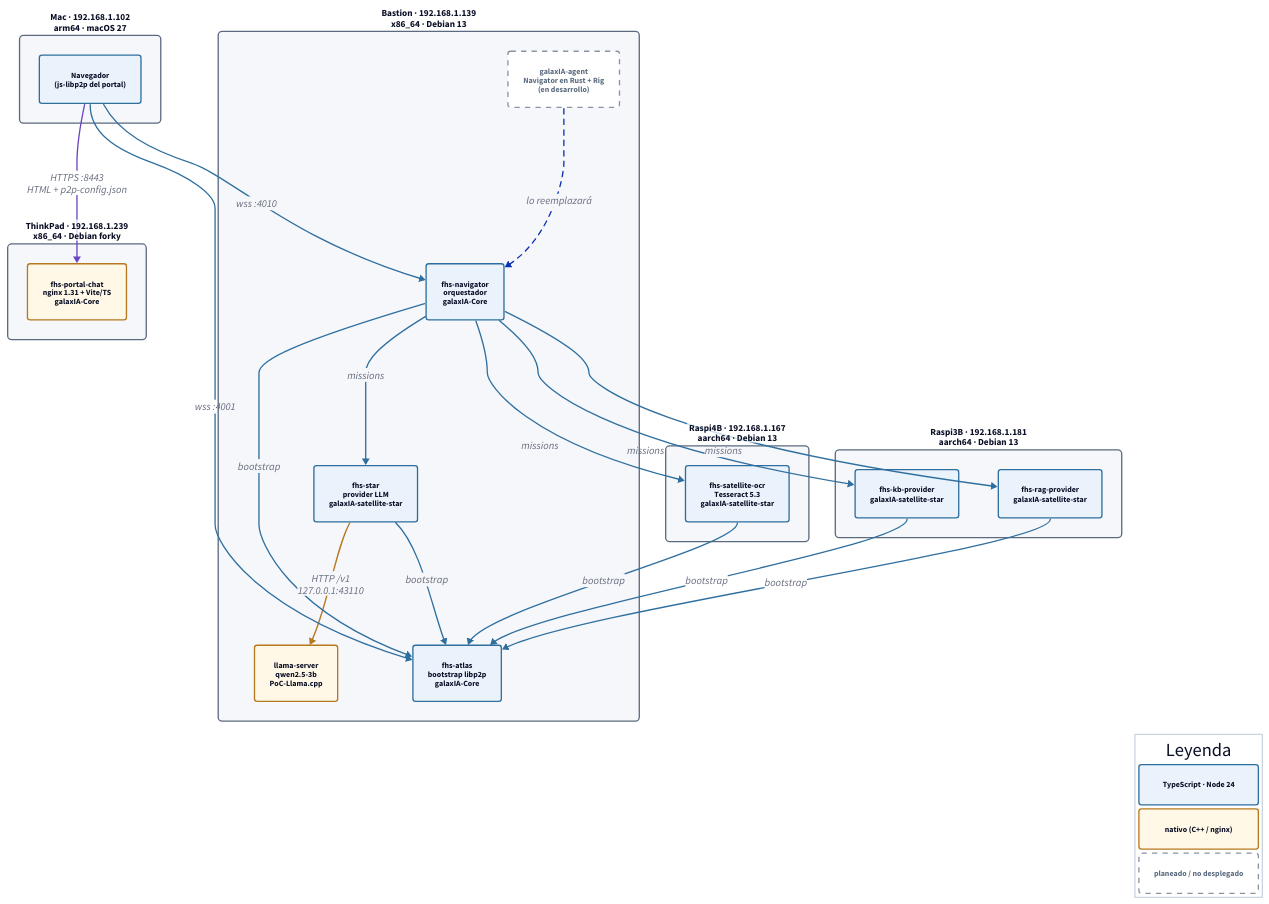
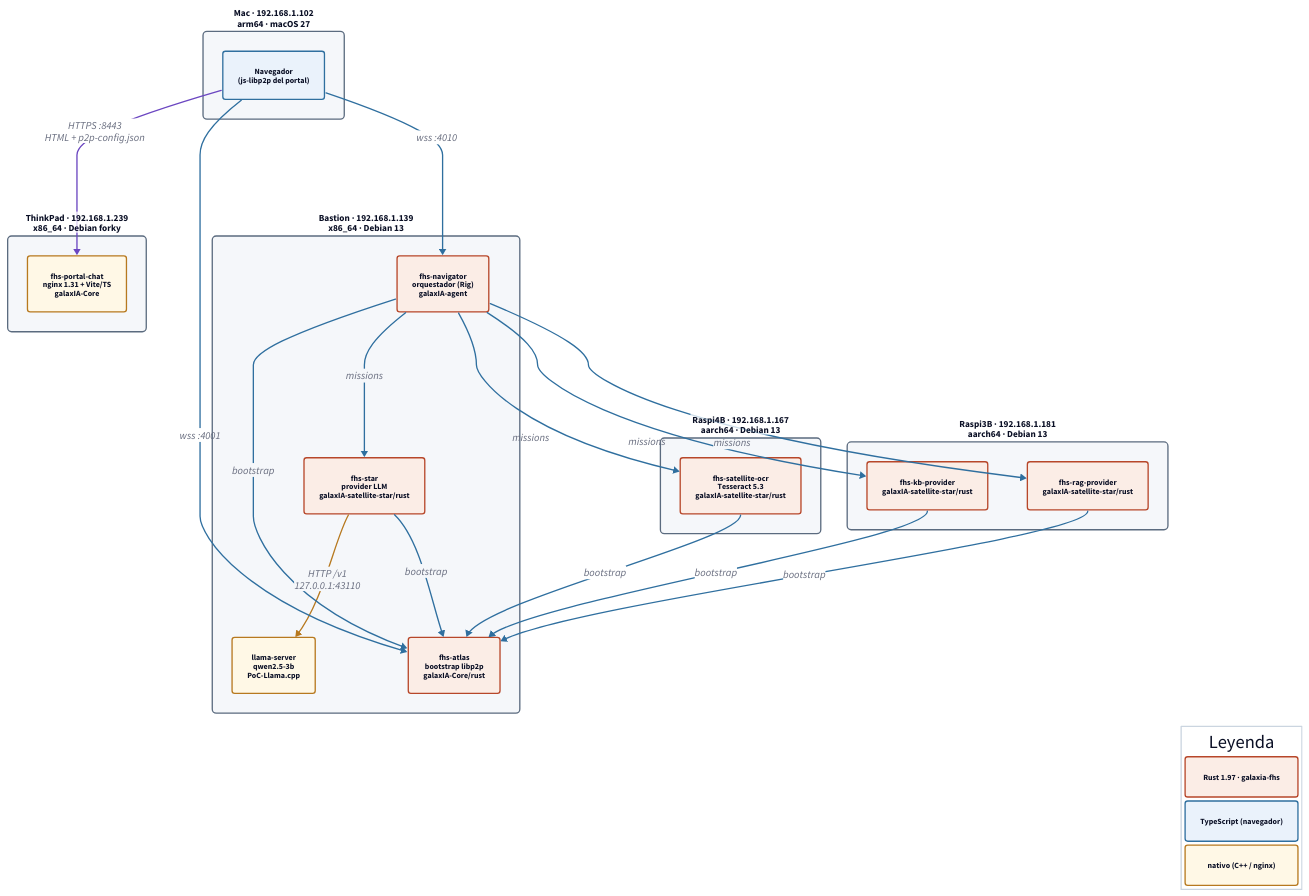
Before and after one commit to rafex/galaxIA-gitops: the diagram in docs/diagramas/mapa-modulos.d2, drawn with D2. The commit also changed 3 other files, not shown here.

First line of the commit message:
docs: backend de la PoC en Rust (mapa de módulos, estado y diagrama)

```diff
--- a/docs/diagramas/mapa-modulos.d2
+++ b/docs/diagramas/mapa-modulos.d2
@@ -1,116 +1,122 @@
 # Mapa de módulos de la PoC: qué corre en cada máquina y cómo se acoplan
 # Regenerar: scripts/render-diagramas.sh
 
 direction: down
 
 classes: {
   host: {
     style: {
       fill: "#F5F7FA"
       stroke: "#5B6B7F"
       border-radius: 6
       font-size: 14
       bold: true
     }
   }
   ts: {
     style: {
       fill: "#EAF2FB"
       stroke: "#2F6F9F"
+      border-radius: 4
+      font-size: 12
+    }
+  }
+  rust: {
+    style: {
+      fill: "#FBEDE6"
+      stroke: "#B7472A"
       border-radius: 4
       font-size: 12
     }
   }
   native: {
     style: {
       fill: "#FFF8E6"
       stroke: "#B7791F"
       border-radius: 4
       font-size: 12
     }
   }
   planned: {
     style: {
       fill: "#FFFFFF"
       stroke: "#8A94A3"
       stroke-dash: 4
       border-radius: 4
       font-size: 12
       font-color: "#5B6B7F"
     }
   }
   p2p: {
     style: {
       stroke: "#2F6F9F"
       stroke-width: 2
     }
   }
   local: {
     style: {
       stroke: "#B7791F"
       stroke-width: 2
     }
   }
   web: {
     style: {
       stroke: "#6B46C1"
       stroke-width: 2
     }
   }
 }
 
 leyenda: "Leyenda" {
   near: bottom-right
   grid-columns: 1
   grid-gap: 6
   style.fill: "#FFFFFF"
   style.stroke: "#CBD5E0"
-  a: "TypeScript · Node 24" {class: ts}
+  r: "Rust 1.97 · galaxia-fhs" {class: rust}
+  a: "TypeScript (navegador)" {class: ts}
   b: "nativo (C++ / nginx)" {class: native}
-  c: "planeado / no desplegado" {class: planned}
 }
 
 mac: "Mac · 192.168.1.102\narm64 · macOS 27" {
   class: host
   browser: "Navegador\n(js-libp2p del portal)" {class: ts}
 }
 
 thinkpad: "ThinkPad · 192.168.1.239\nx86_64 · Debian forky" {
   class: host
   portal: "fhs-portal-chat\nnginx 1.31 + Vite/TS\ngalaxIA-Core" {class: native}
 }
 
 bastion: "Bastion · 192.168.1.139\nx86_64 · Debian 13" {
   class: host
-  atlas: "fhs-atlas\nbootstrap libp2p\ngalaxIA-Core" {class: ts}
-  navigator: "fhs-navigator\norquestador\ngalaxIA-Core" {class: ts}
-  star: "fhs-star\nprovider LLM\ngalaxIA-satellite-star" {class: ts}
+  atlas: "fhs-atlas\nbootstrap libp2p\ngalaxIA-Core/rust" {class: rust}
+  navigator: "fhs-navigator\norquestador (Rig)\ngalaxIA-agent" {class: rust}
+  star: "fhs-star\nprovider LLM\ngalaxIA-satellite-star/rust" {class: rust}
   llama: "llama-server\nqwen2.5-3b\nPoC-Llama.cpp" {class: native}
-  agent: "galaxIA-agent\nNavigator en Rust + Rig\n(en desarrollo)" {class: planned}
   star -> llama: "HTTP /v1\n127.0.0.1:43110" {class: local}
-  agent -> navigator: "lo reemplazará" {style.stroke-dash: 4}
 }
 
 raspi4b: "Raspi4B · 192.168.1.167\naarch64 · Debian 13" {
   class: host
-  ocr: "fhs-satellite-ocr\nTesseract 5.3\ngalaxIA-satellite-star" {class: ts}
+  ocr: "fhs-satellite-ocr\nTesseract 5.3\ngalaxIA-satellite-star/rust" {class: rust}
 }
 
 raspi3b: "Raspi3B · 192.168.1.181\naarch64 · Debian 13" {
   class: host
-  kb: "fhs-kb-provider\ngalaxIA-satellite-star" {class: ts}
-  rag: "fhs-rag-provider\ngalaxIA-satellite-star" {class: ts}
+  kb: "fhs-kb-provider\ngalaxIA-satellite-star/rust" {class: rust}
+  rag: "fhs-rag-provider\ngalaxIA-satellite-star/rust" {class: rust}
 }
 
 mac.browser -> thinkpad.portal: "HTTPS :8443\nHTML + p2p-config.json" {class: web}
 mac.browser -> bastion.atlas: "wss :4001" {class: p2p}
 mac.browser -> bastion.navigator: "wss :4010" {class: p2p}
 bastion.navigator -> bastion.atlas: "bootstrap" {class: p2p}
 bastion.star -> bastion.atlas: "bootstrap" {class: p2p}
 raspi4b.ocr -> bastion.atlas: "bootstrap" {class: p2p}
 raspi3b.kb -> bastion.atlas: "bootstrap" {class: p2p}
 raspi3b.rag -> bastion.atlas: "bootstrap" {class: p2p}
 bastion.navigator -> bastion.star: "missions" {class: p2p}
 bastion.navigator -> raspi4b.ocr: "missions" {class: p2p}
 bastion.navigator -> raspi3b.kb: "missions" {class: p2p}
 bastion.navigator -> raspi3b.rag: "missions" {class: p2p}
```
